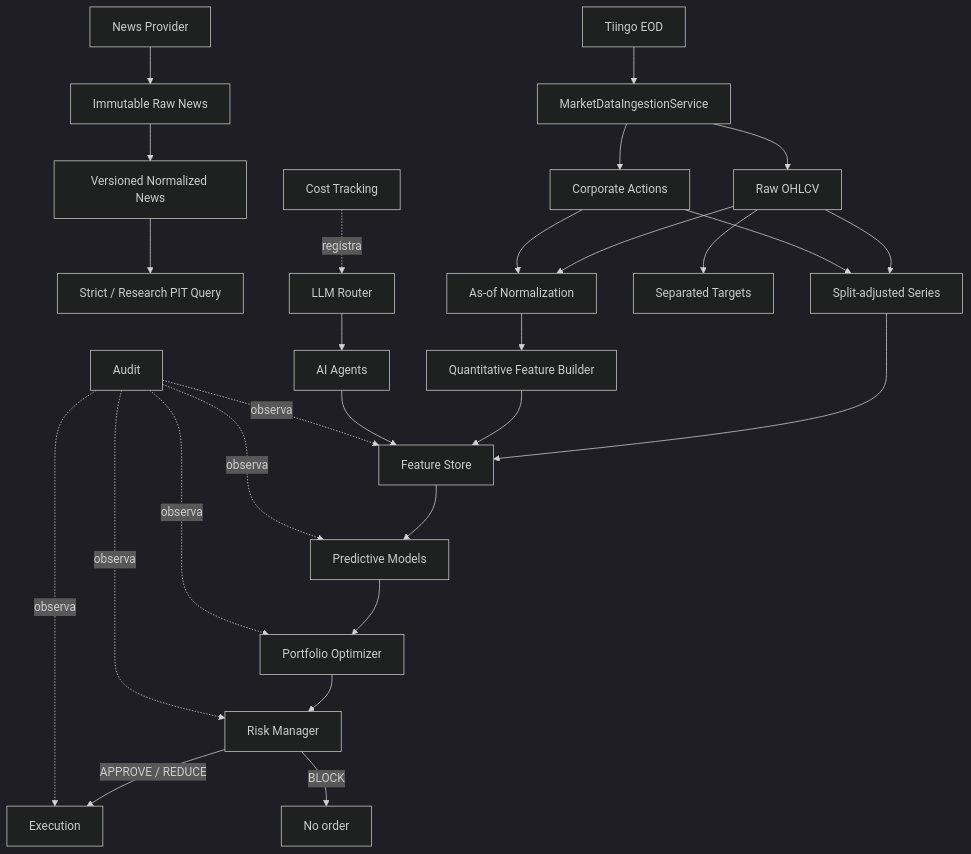
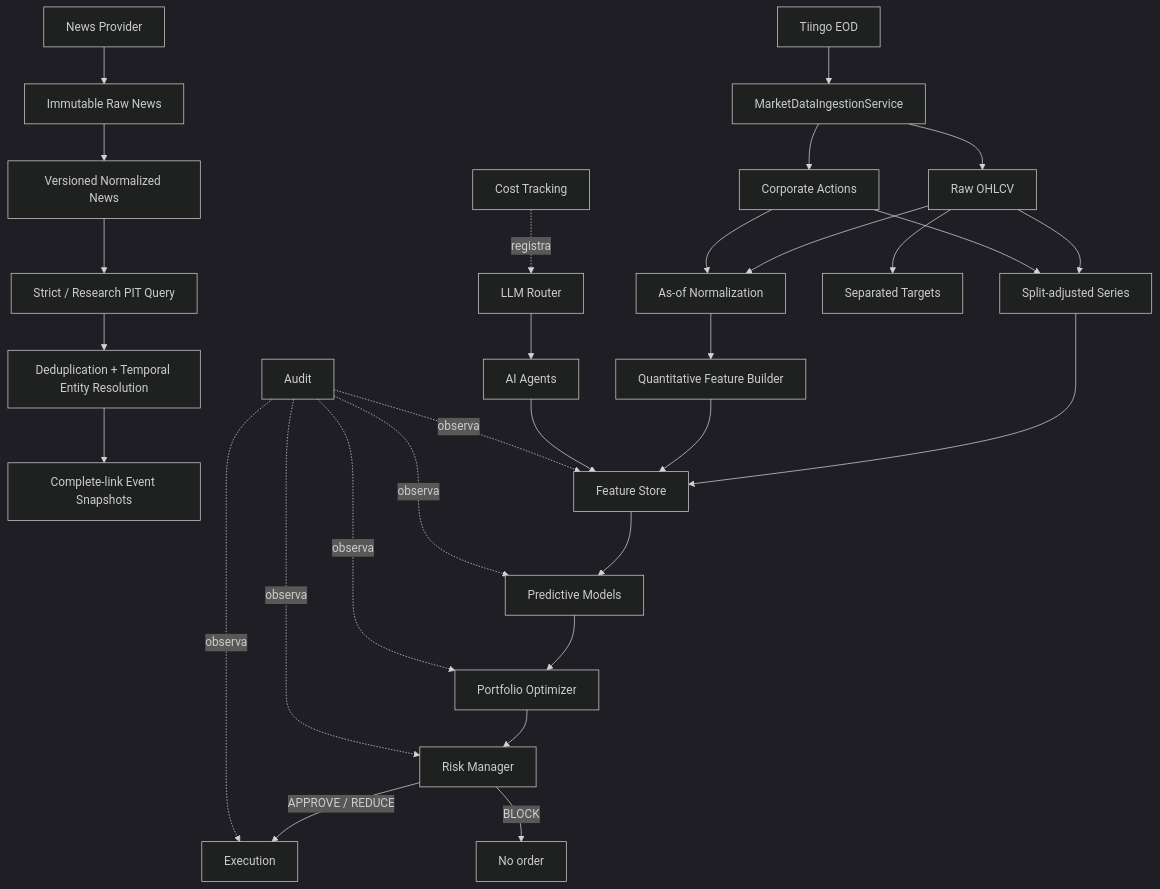
The diagram in ARCHITECTURE.md (ignaciochaconuc/modelo_inversiones), drawn with Mermaid (dark theme) before and after one commit. The commit also changed other lines of this file and 45 other files, not shown here.

````diff
--- a/ARCHITECTURE.md
+++ b/ARCHITECTURE.md
@@ -5,30 +5,32 @@
 ```mermaid
 flowchart TD
     TG[Tiingo EOD] --> IN[MarketDataIngestionService]
     NP[News Provider] --> NR[Immutable Raw News]
     NR --> NN[Versioned Normalized News]
     NN --> NQ[Strict / Research PIT Query]
+    NQ --> NG[Deduplication + Temporal Entity Resolution]
+    NG --> NC[Complete-link Event Snapshots]
     IN --> RAW[Raw OHLCV]
     IN --> CA[Corporate Actions]
     RAW --> SA[Split-adjusted Series]
     CA --> SA
     SA --> FS[Feature Store]
     RAW --> ASOF[As-of Normalization]
     CA --> ASOF
     ASOF --> QF[Quantitative Feature Builder]
     QF --> FS
     RAW --> TGTS[Separated Targets]
     AI[AI Agents] --> FS
     FS --> PM[Predictive Models]
     PM --> PO[Portfolio Optimizer]
     PO --> RM[Risk Manager]
     RM -->|APPROVE / REDUCE| EX[Execution]
     RM -->|BLOCK| STOP[No order]
     LR[LLM Router] --> AI
     CT[Cost Tracking] -. registra .-> LR
     AU[Audit] -. observa .-> FS
     AU -. observa .-> PM
     AU -. observa .-> PO
     AU -. observa .-> RM
     AU -. observa .-> EX
 ```
````
